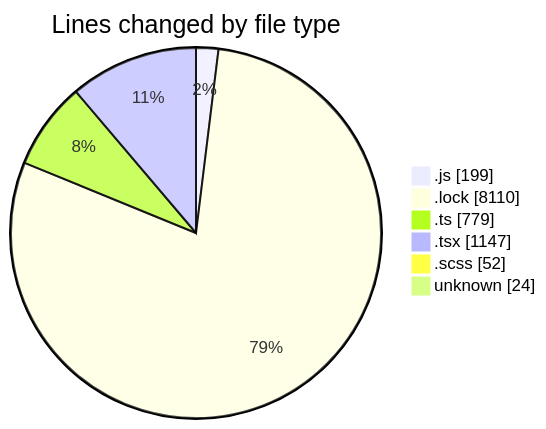
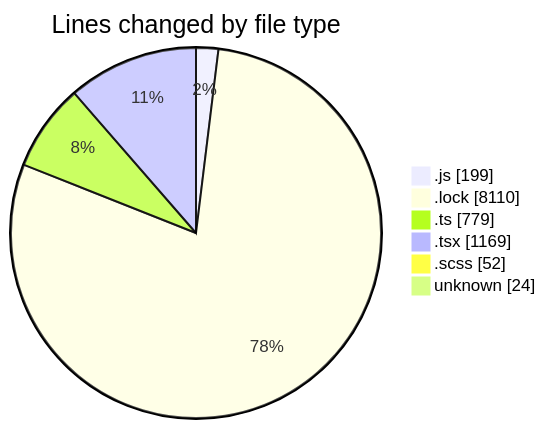
One commit to momahboobian/code-tracking changed the first of 2 diagrams in 2025-02-07/cda/README.md. Above: the diagram before and after it, drawn with Mermaid. The commit also changed other lines of this file and 1 other file, not shown here.

````diff
--- a/2025-02-07/cda/README.md
+++ b/2025-02-07/cda/README.md
@@ -57,10 +57,10 @@
 ```mermaid
 pie showData
 title Lines changed by file type
 ".js" : 199
 ".lock" : 8110
 ".ts" : 779
-".tsx" : 1147
+".tsx" : 1169
 ".scss" : 52
 "unknown" : 24
 ```
````
